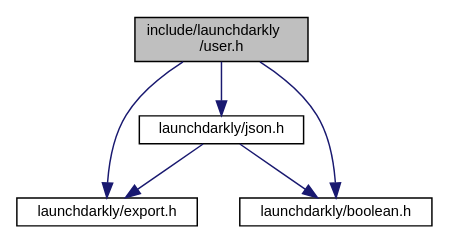
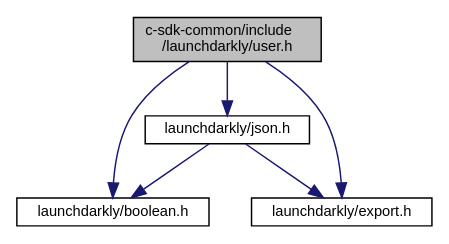
The diagram in user_8h__incl.dot (launchdarkly/c-server-sdk), drawn with Graphviz before and after one commit. The commit also changed 56 other files, not shown here.

```diff
--- a/user_8h__incl.dot
+++ b/user_8h__incl.dot
@@ -1,14 +1,14 @@
-digraph "include/launchdarkly/user.h"
+digraph "c-sdk-common/include/launchdarkly/user.h"
 {
   edge [fontname="Helvetica",fontsize="10",labelfontname="Helvetica",labelfontsize="10"];
   node [fontname="Helvetica",fontsize="10",shape=record];
-  Node0 [label="include/launchdarkly\l/user.h",height=0.2,width=0.4,color="black", fillcolor="grey75", style="filled", fontcolor="black"];
+  Node0 [label="c-sdk-common/include\l/launchdarkly/user.h",height=0.2,width=0.4,color="black", fillcolor="grey75", style="filled", fontcolor="black"];
   Node0 -> Node1 [color="midnightblue",fontsize="10",style="solid",fontname="Helvetica"];
-  Node1 [label="launchdarkly/json.h",height=0.2,width=0.4,color="black", fillcolor="white", style="filled",URL="$json_8h.html",tooltip="Public API Interface for JSON usage. "];
-  Node1 -> Node2 [color="midnightblue",fontsize="10",style="solid",fontname="Helvetica"];
+  Node1 [label="launchdarkly/boolean.h",height=0.2,width=0.4,color="black", fillcolor="white", style="filled",URL="$boolean_8h.html",tooltip="A custom c89 boolean type. "];
+  Node0 -> Node2 [color="midnightblue",fontsize="10",style="solid",fontname="Helvetica"];
   Node2 [label="launchdarkly/export.h",height=0.2,width=0.4,color="black", fillcolor="white", style="filled",URL="$export_8h.html",tooltip="Public. Configuration of exported symbols. "];
-  Node1 -> Node3 [color="midnightblue",fontsize="10",style="solid",fontname="Helvetica"];
-  Node3 [label="launchdarkly/boolean.h",height=0.2,width=0.4,color="black", fillcolor="white", style="filled",URL="$boolean_8h.html",tooltip="A custom c89 boolean type. "];
-  Node0 -> Node2 [color="midnightblue",fontsize="10",style="solid",fontname="Helvetica"];
   Node0 -> Node3 [color="midnightblue",fontsize="10",style="solid",fontname="Helvetica"];
+  Node3 [label="launchdarkly/json.h",height=0.2,width=0.4,color="black", fillcolor="white", style="filled",URL="$json_8h.html",tooltip="Public API Interface for JSON usage. "];
+  Node3 -> Node1 [color="midnightblue",fontsize="10",style="solid",fontname="Helvetica"];
+  Node3 -> Node2 [color="midnightblue",fontsize="10",style="solid",fontname="Helvetica"];
 }
```
